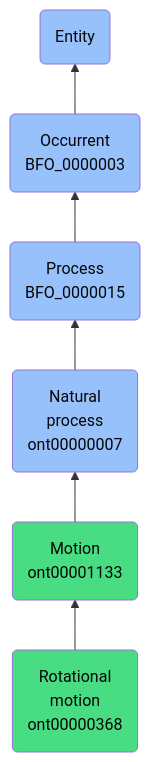
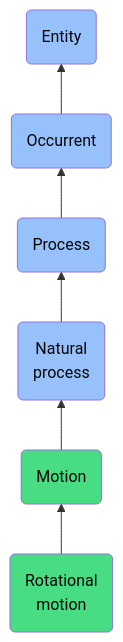
One commit to jupyter-naas/abi changed the diagram in docs/ontology/reference/model/Entity/Occurrent/Process/Natural process/Motion/Rotational motion/Rotational motion.md. Above: the diagram before and after it, drawn with Mermaid. The commit also changed other lines of this file and 1430 other files, not shown here.

````diff
--- a/docs/ontology/reference/model/Entity/Occurrent/Process/Natural process/Motion/Rotational motion/Rotational motion.md
+++ b/docs/ontology/reference/model/Entity/Occurrent/Process/Natural process/Motion/Rotational motion/Rotational motion.md
@@ -24,13 +24,13 @@
 ```mermaid
 graph BT
-    ont00000368(Rotational<br>motion<br>ont00000368):::ABI-->ont00001133
-    ont00001133(Motion<br>ont00001133):::ABI-->ont00000007
-    ont00000007(Natural<br>process<br>ont00000007):::BFO-->BFO_0000015
-    BFO_0000015(Process<br>BFO_0000015):::BFO-->BFO_0000003
-    BFO_0000003(Occurrent<br>BFO_0000003):::BFO-->BFO_0000001
+    ont00000368(Rotational<br>motion):::ABI-->ont00001133
+    ont00001133(Motion):::ABI-->ont00000007
+    ont00000007(Natural<br>process):::BFO-->BFO_0000015
+    BFO_0000015(Process):::BFO-->BFO_0000003
+    BFO_0000003(Occurrent):::BFO-->BFO_0000001
     BFO_0000001(Entity):::BFO
     
     classDef BFO fill:#97c1fb,color:#060606
     classDef CCO fill:#e4c51e,color:#060606
     classDef ABI fill:#48DD82,color:#060606
 ```
````
